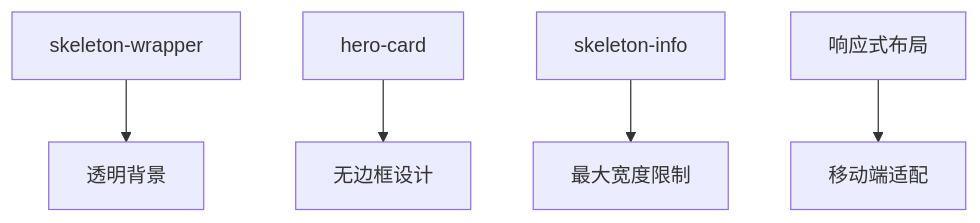
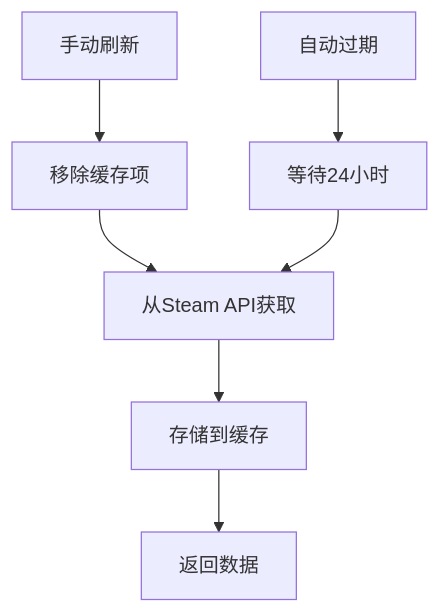
Diagram 11 of 15 in .qoder/repowiki/zh/content/后端 API 服务/用户管理模块/个人资料系统.md (TinyMaD/SpeedRunnersLab), drawn with Mermaid before and after one commit. The commit also changed other lines of this file and 9 other files, not shown here.

````diff
--- a/.qoder/repowiki/zh/content/后端 API 服务/用户管理模块/个人资料系统.md
+++ b/.qoder/repowiki/zh/content/后端 API 服务/用户管理模块/个人资料系统.md
@@ -391,7 +533,9 @@
 ```mermaid
 flowchart TD
-SkeletonWrapper[skeleton-wrapper] --> TransparentBG[透明背景]
-HeroCard[hero-card] --> NoBorder[无边框设计]
-SkeletonInfo[skeleton-info] --> MaxWidth[最大宽度限制]
-ResponsiveLayout[响应式布局] --> MobileAdapt[移动端适配]
+ManualRefresh[手动刷新] --> RemoveCache[移除缓存项]
+RemoveCache --> FetchFromSteam[从Steam API获取]
+FetchFromSteam --> StoreInCache[存储到缓存]
+StoreInCache --> ReturnData[返回数据]
+AutoExpire[自动过期] --> Wait24Hours[等待24小时]
+Wait24Hours --> FetchFromSteam
 ```
````
